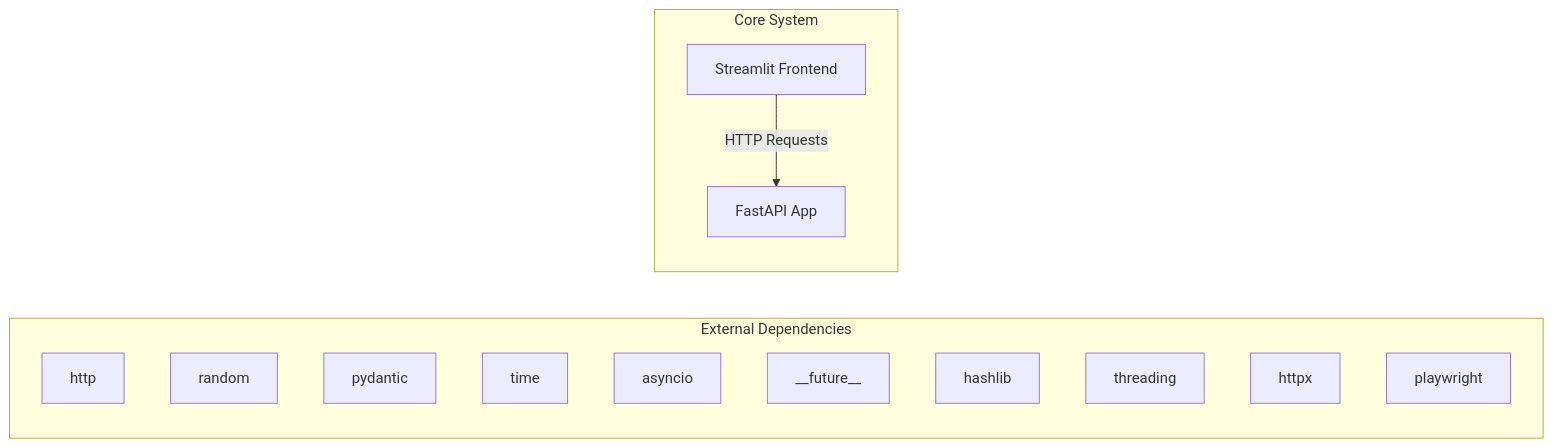
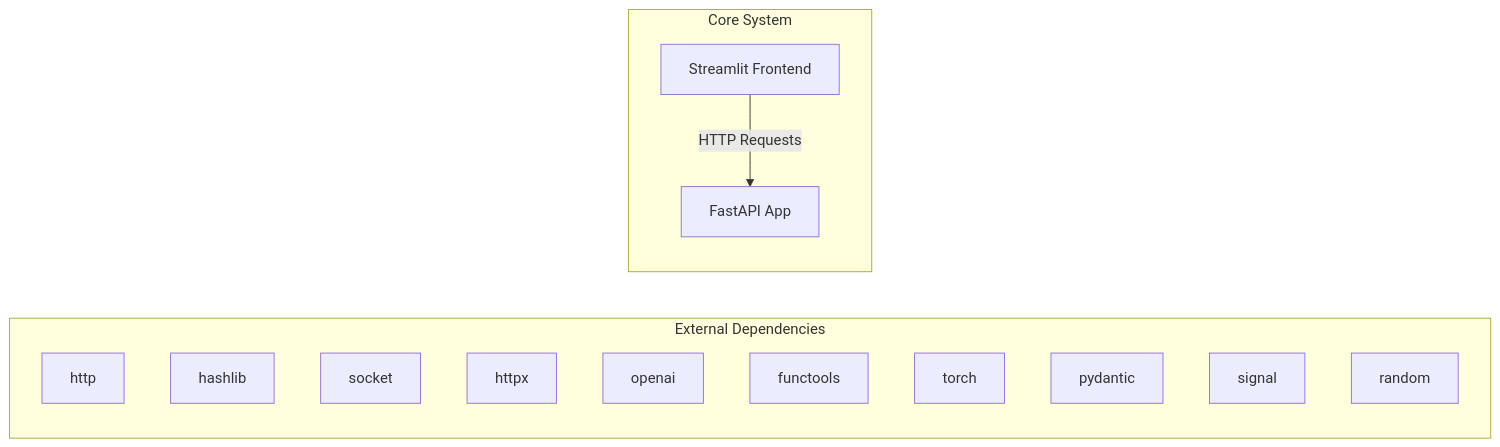
The first of 2 diagrams in docs/architecture.md (NITISH-R-G/rag-context-optimizer), drawn with Mermaid before and after one commit. The commit also changed other lines of this file and 1 other file, not shown here.

Commit message:
docs: auto-update repository knowledge, architecture diagrams, and documentation

````diff
--- a/docs/architecture.md
+++ b/docs/architecture.md
@@ -7,20 +7,20 @@
 ```mermaid
 graph LR
     subgraph External Dependencies
         E0["http"]
-        E1["random"]
-        E2["pydantic"]
-        E3["time"]
-        E4["asyncio"]
-        E5["__future__"]
-        E6["hashlib"]
-        E7["threading"]
-        E8["httpx"]
-        E9["playwright"]
+        E1["hashlib"]
+        E2["socket"]
+        E3["httpx"]
+        E4["openai"]
+        E5["functools"]
+        E6["torch"]
+        E7["pydantic"]
+        E8["signal"]
+        E9["random"]
     end
     subgraph Core System
         API["FastAPI App"]
         UI["Streamlit Frontend"]
     end
     UI -->|HTTP Requests| API
 ```
````
